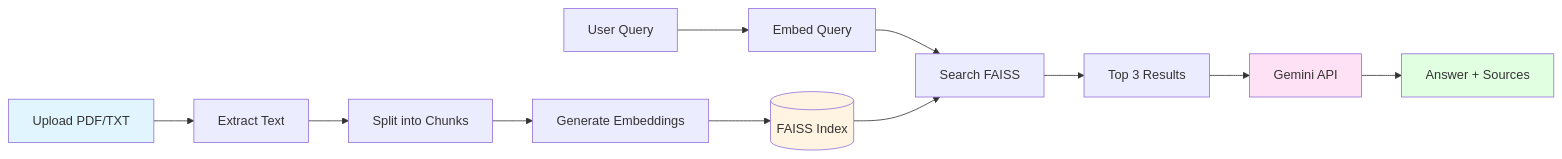
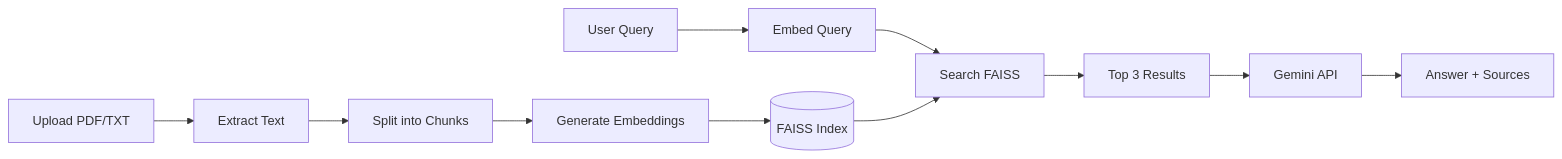
One commit to Kaynaaf/SimpleRAG changed the diagram in README.md. Above: the diagram before and after it, drawn with Mermaid.

Commit message:
Remove style definitions from README
Removed style definitions for nodes A, E, J, and K.

````diff
--- a/README.md
+++ b/README.md
@@ -27,20 +27,15 @@
 ```mermaid
 graph LR
     A[Upload PDF/TXT] --> B[Extract Text]
     B --> C[Split into Chunks]
     C --> D[Generate Embeddings]
     D --> E[(FAISS Index)]
     
     F[User Query] --> G[Embed Query]
     G --> H[Search FAISS]
     E --> H
     H --> I[Top 3 Results]
     I --> J[Gemini API]
     J --> K[Answer + Sources]
     
-    style A fill:#e1f5ff
-    style E fill:#fff4e1
-    style J fill:#ffe1f5
-    style K fill:#e1ffe1
-
 ```
````
